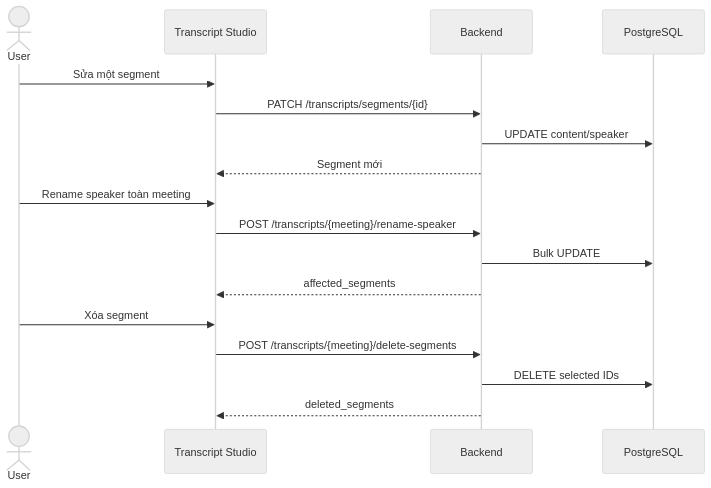
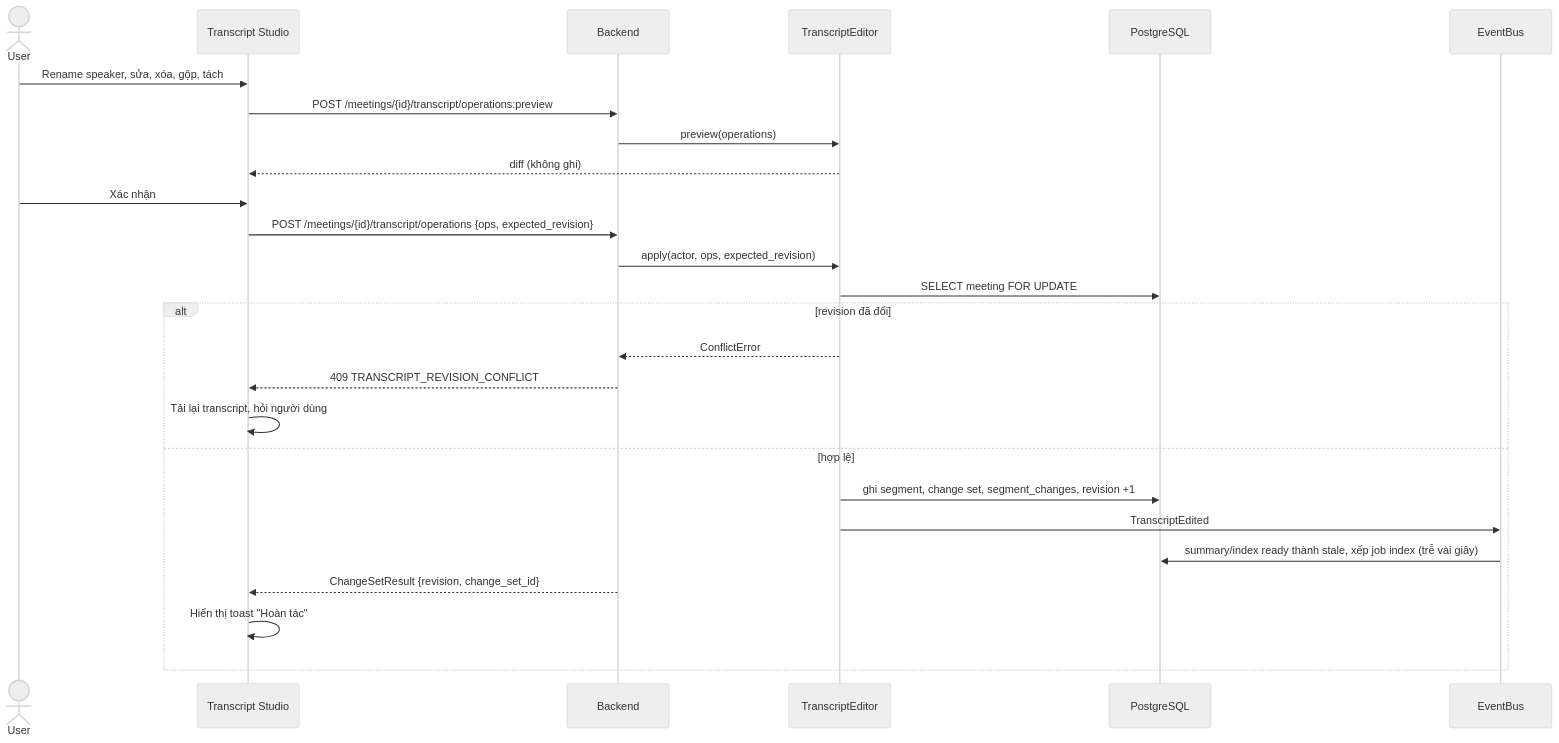
Before and after one commit to plxgplxgplxg/meeting-voice-assistant: the third of 9 diagrams in docs/03-architecture/sequence-diagrams.md, drawn with Mermaid (neutral theme). The commit also changed other lines of this file and 234 other files, not shown here.

````diff
--- a/docs/03-architecture/sequence-diagrams.md
+++ b/docs/03-architecture/sequence-diagrams.md
@@ -65,19 +79,29 @@
 ```mermaid
 sequenceDiagram
     actor U as User
     participant UI as Transcript Studio
     participant API as Backend
+    participant ED as TranscriptEditor
     participant DB as PostgreSQL
-    U->>UI: Sửa một segment
-    UI->>API: PATCH /transcripts/segments/{id}
-    API->>DB: UPDATE content/speaker
-    API-->>UI: Segment mới
-    U->>UI: Rename speaker toàn meeting
-    UI->>API: POST /transcripts/{meeting}/rename-speaker
-    API->>DB: Bulk UPDATE
-    API-->>UI: affected_segments
-    U->>UI: Xóa segment
-    UI->>API: POST /transcripts/{meeting}/delete-segments
-    API->>DB: DELETE selected IDs
-    API-->>UI: deleted_segments
+    participant EB as EventBus
+
+    U->>UI: Rename speaker, sửa, xóa, gộp, tách
+    UI->>API: POST /meetings/{id}/transcript/operations:preview
+    API->>ED: preview(operations)
+    ED-->>UI: diff (không ghi)
+    U->>UI: Xác nhận
+    UI->>API: POST /meetings/{id}/transcript/operations {ops, expected_revision}
+    API->>ED: apply(actor, ops, expected_revision)
+    ED->>DB: SELECT meeting FOR UPDATE
+    alt revision đã đổi
+        ED-->>API: ConflictError
+        API-->>UI: 409 TRANSCRIPT_REVISION_CONFLICT
+        UI->>UI: Tải lại transcript, hỏi người dùng
+    else hợp lệ
+        ED->>DB: ghi segment, change set, segment_changes, revision +1
+        ED->>EB: TranscriptEdited
+        EB->>DB: summary/index ready thành stale, xếp job index (trễ vài giây)
+        API-->>UI: ChangeSetResult {revision, change_set_id}
+        UI->>UI: Hiển thị toast "Hoàn tác"
+    end
 ```
````
